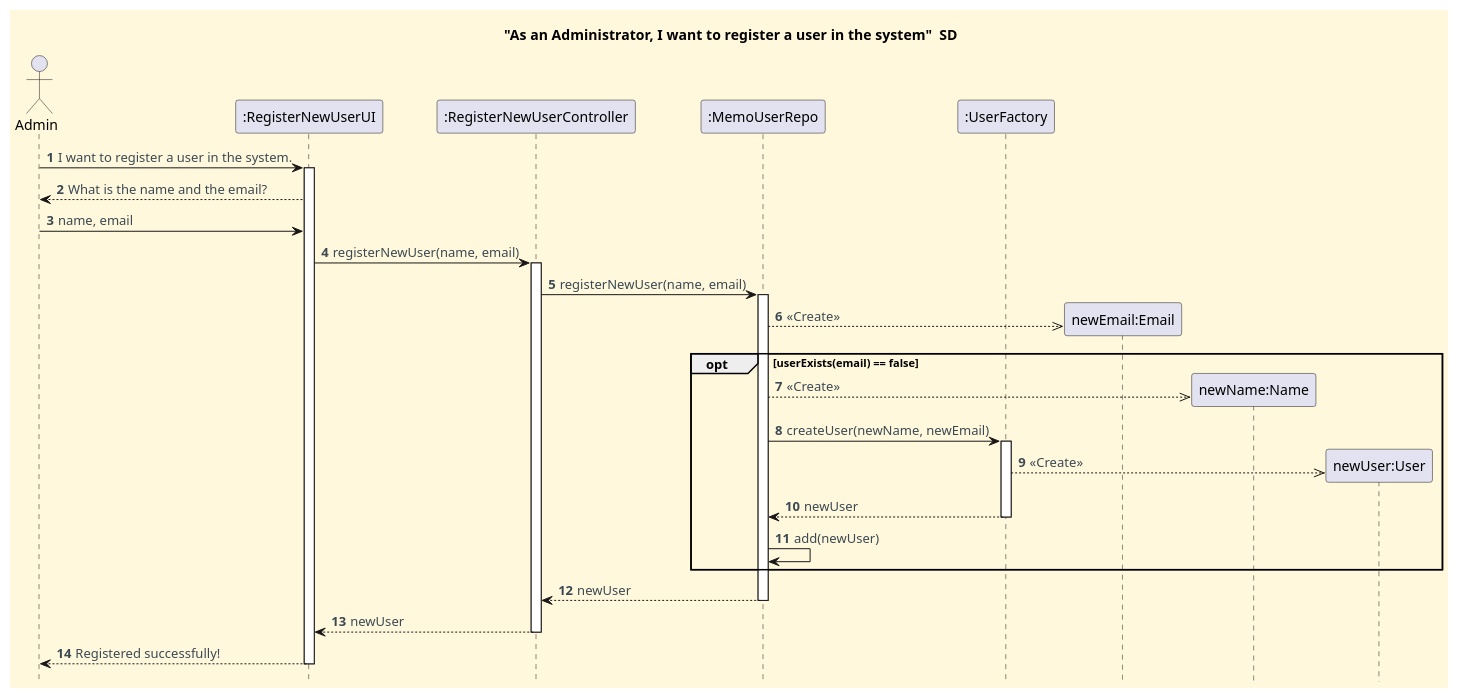
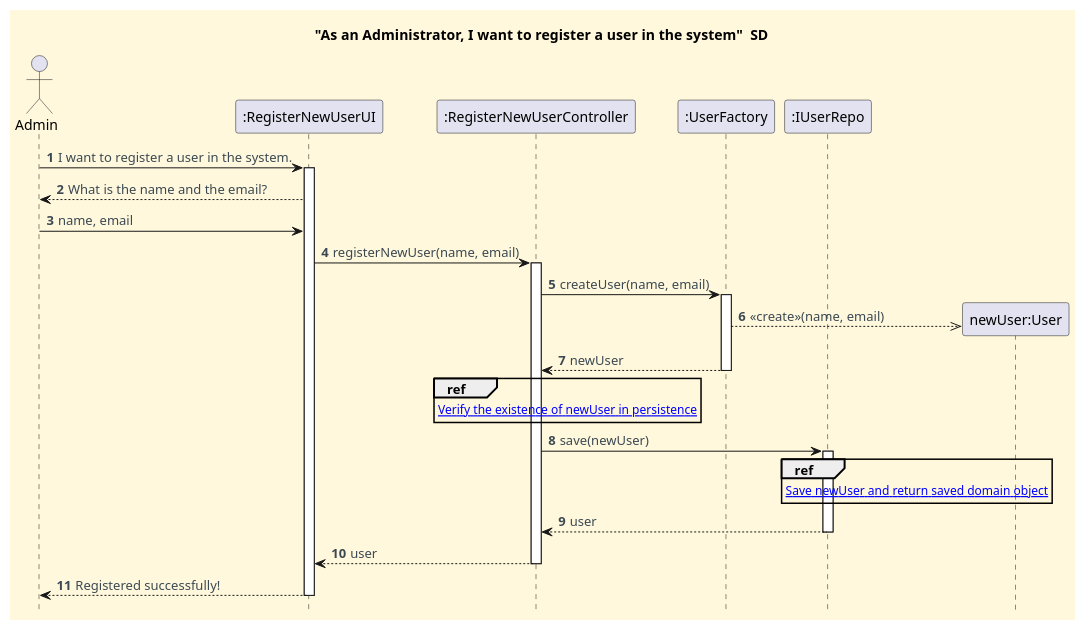
The diagram in docs/functionalities/admin/register-user/Register_User_SD.puml (CarolinaLeite-collab/JavaMarketplacePlatform), drawn with PlantUML before and after one commit. The commit also changed 3 other files, not shown here.

Commit message:
docs: updated sequence and class diagrams in Register New User functionality to reflect new persistence implementation, closes #763

```diff
--- a/docs/functionalities/admin/register-user/Register_User_SD.puml
+++ b/docs/functionalities/admin/register-user/Register_User_SD.puml
@@ -1,62 +2,58 @@
 @startuml
 title **"As an Administrator, I want to register a user in the system"**  SD
 hide footbox
 
 skinparam monochrome false
 skinparam shadowing false
 skinparam defaultFontName Futura
 skinparam objectFontSize 20
 skinparam backgroundColor CornSilk
 skinparam objectBackgroundColor WhiteSmoke
 skinparam noteBackgroundColor #FFFFE0
 skinparam ArrowFontColor #3B4953
 skinparam ActivationBackgroundColor black
 
 autonumber
 autoactivate off
 
 actor "Admin" as Administrator
 participant ":RegisterNewUserUI" as UI
 participant ":RegisterNewUserController" as Ctl
-participant ":MemoUserRepo" as Repo
 participant ":UserFactory" as Factory
+participant ":IUserRepo" as IR
 
 Administrator -> "UI": I want to register a user in the system.
 activate "UI"
 "UI" --> Administrator: What is the name and the email?
 Administrator -> "UI": name, email
 "UI" -> "Ctl": registerNewUser(name, email)
 activate "Ctl"
-"Ctl" -> "Repo" : registerNewUser(name, email)
 
 
-activate "Repo"
+Ctl -> "Factory" : createUser(name, email)
 
-create "newEmail:Email"
-"Repo" -->> "newEmail:Email": <<Create>>
+activate "Factory"
 
-opt userExists(email) == false
-    create "newName:Name"
-    "Repo" -->> "newName:Name": <<Create>>
+create "newUser:User"
+Factory -->> "newUser:User" : <<create>>(name, email)
+Factory --> Ctl: newUser
+deactivate "Factory"
 
+ref over Ctl
+[[sd-ref-diagrams/Verify_User.puml Verify the existence of newUser in persistence]]
+end ref
 
+Ctl -> IR : save(newUser)
 
-    "Repo" -> "Factory": createUser(newName, newEmail)
-    activate "Factory"
-    create "newUser:User"
-    "Factory" -->> "newUser:User": <<Create>>
-    "Factory" --> "Repo": newUser
-    deactivate "Factory"
-
-    "Repo" -> "Repo": add(newUser)
-end
-
-"Repo" --> "Ctl": newUser
-deactivate "Repo"
-"Ctl" --> "UI": newUser
-
-deactivate "Ctl"
-"UI" --> Administrator: Registered successfully!
-deactivate "UI"
+ref over IR
+[[sd-ref-diagrams/Save_User.puml Save newUser and return saved domain object]]
+end ref
+activate IR
+IR --> Ctl : user
+deactivate IR
+Ctl --> UI : user
+deactivate Ctl
+UI --> Administrator : Registered successfully!
+deactivate UI
 
 @enduml
```
